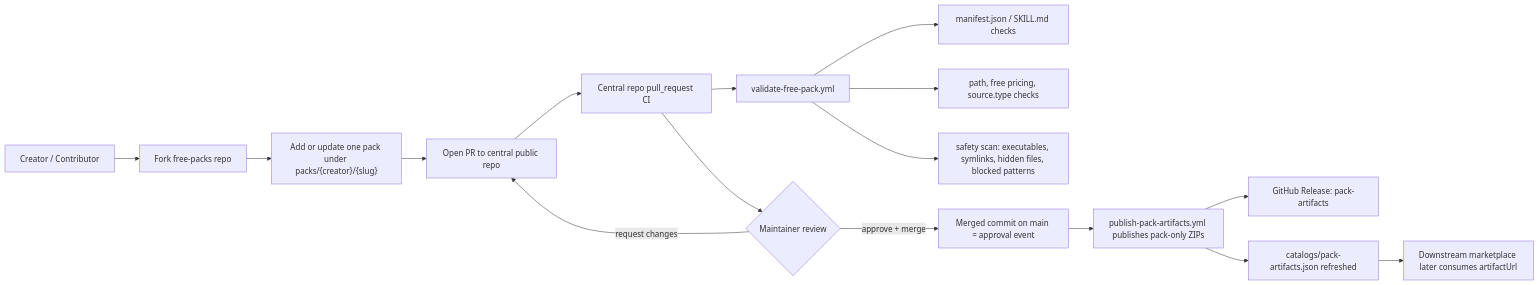
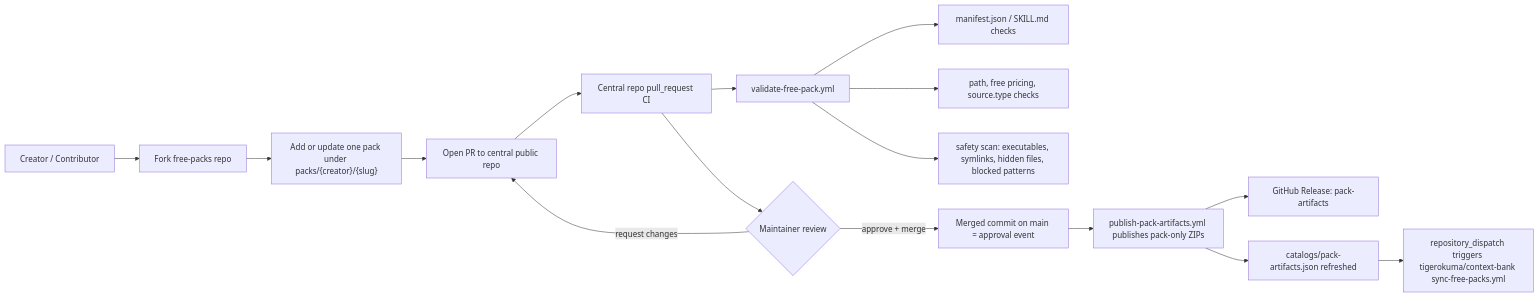
Before and after one commit to tigerokuma/context-bank-free-packs: the diagram in README.md, drawn with Mermaid. The commit also changed other lines of this file and 4 other files, not shown here.

Commit message:
feat: Automatically dispatch a downstream sync workflow after publishing pack artifacts and updating the catalog.

````diff
--- a/README.md
+++ b/README.md
@@ -25,21 +25,21 @@
 ```mermaid
 flowchart LR
     A["Creator / Contributor"] --> B["Fork free-packs repo"]
     B --> C["Add or update one pack under packs/{creator}/{slug}"]
     C --> D["Open PR to central public repo"]
 
     D --> E["Central repo pull_request CI"]
     E --> E1["validate-free-pack.yml"]
     E1 --> E2["manifest.json / SKILL.md checks"]
     E1 --> E3["path, free pricing, source.type checks"]
     E1 --> E4["safety scan: executables, symlinks, hidden files, blocked patterns"]
 
     E --> F{"Maintainer review"}
     F -->|"approve + merge"| G["Merged commit on main = approval event"]
     F -->|"request changes"| D
 
     G --> H["publish-pack-artifacts.yml publishes pack-only ZIPs"]
     H --> I["GitHub Release: pack-artifacts"]
     H --> J["catalogs/pack-artifacts.json refreshed"]
-    J --> K["Downstream marketplace later consumes artifactUrl"]
+    J --> K["repository_dispatch triggers tigerokuma/context-bank sync-free-packs.yml"]
 ```
````
